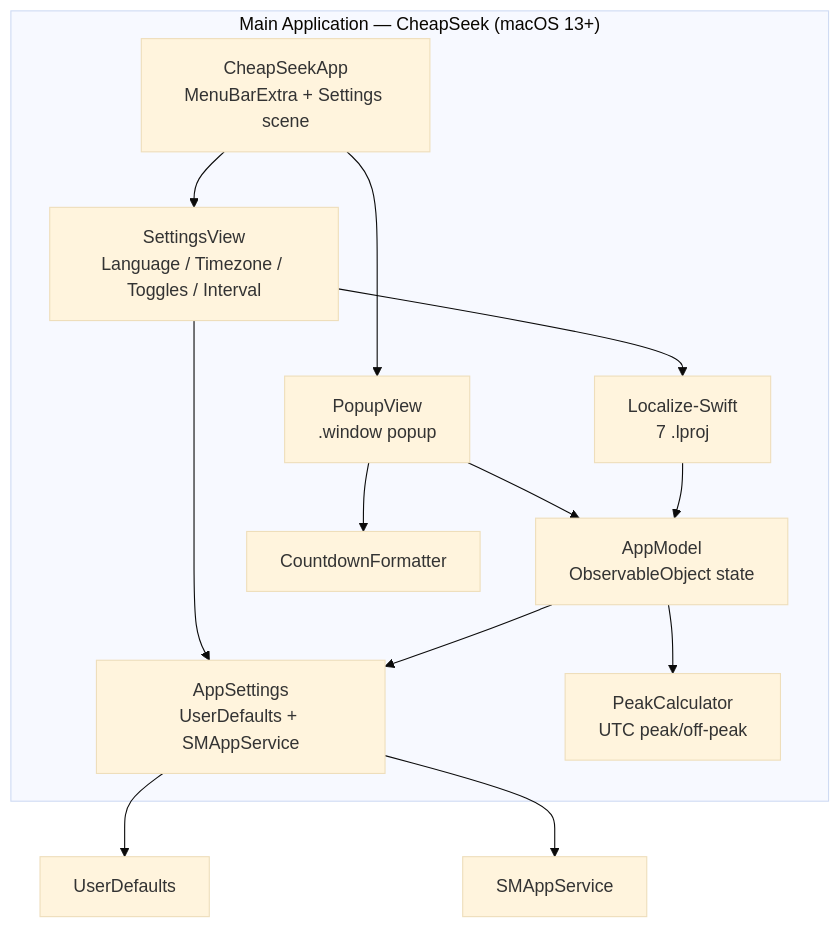
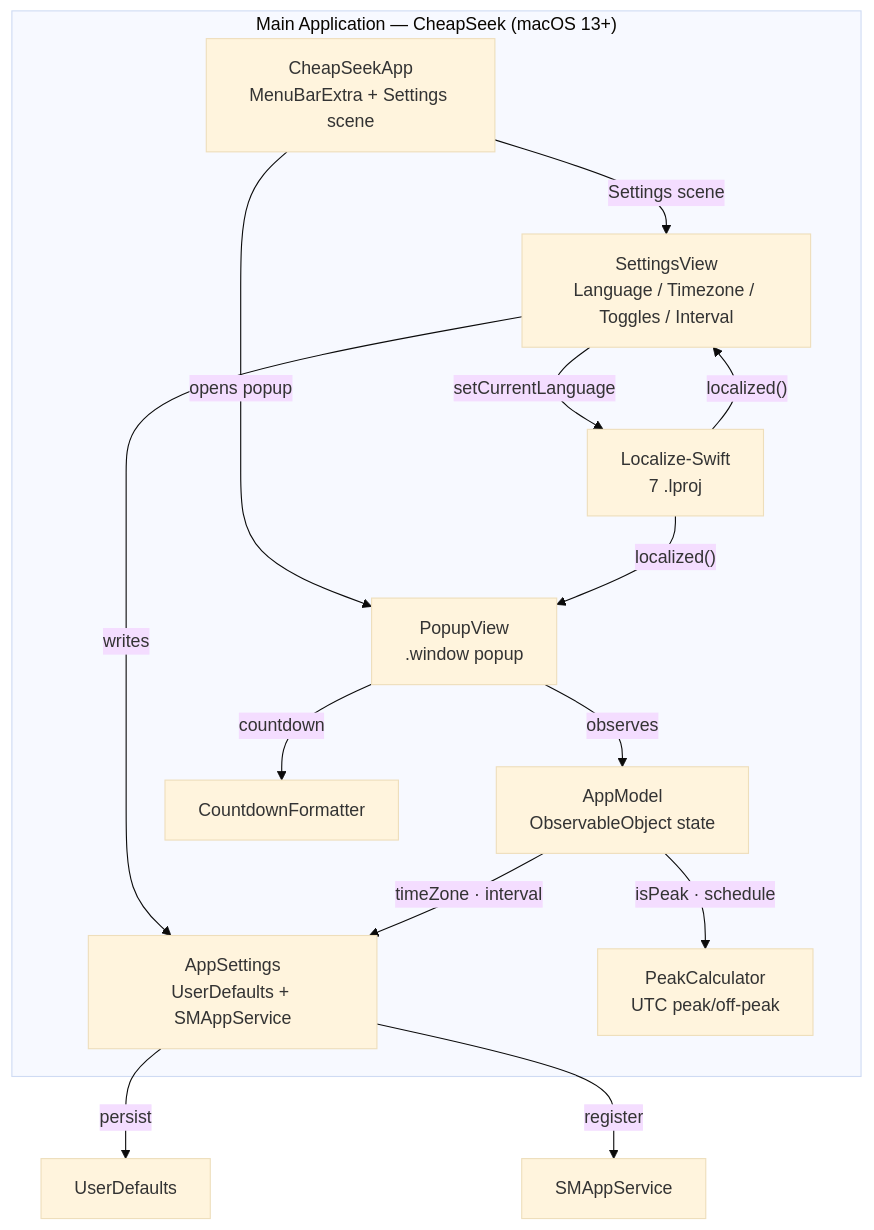
Before and after one commit to mahirfatih/cheapseek: the diagram in README.md, drawn with Mermaid (base theme). The commit also changed other lines of this file and 6 other files, not shown here.

Commit message:
Add Archify architecture, data-flow, and workflow diagrams

````diff
--- a/README.md
+++ b/README.md
@@ -40,21 +45,26 @@
 ```mermaid
 graph TD
     subgraph App["Main Application — CheapSeek (macOS 13+)"]
         Entry["CheapSeekApp<br/>MenuBarExtra + Settings scene"]
         Popup["PopupView<br/>.window popup"]
         Settings["SettingsView<br/>Language / Timezone / Toggles / Interval"]
         Model["AppModel<br/>ObservableObject state"]
         Config["AppSettings<br/>UserDefaults + SMAppService"]
         Core["PeakCalculator<br/>UTC peak/off-peak"]
         Fmt["CountdownFormatter"]
         L10n["Localize-Swift<br/>7 .lproj"]
     end
 
-    Entry --> Popup & Settings
-    Popup --> Model & Fmt
-    Settings --> Config & L10n
-    Model --> Core & Config
-    Config --> Store["UserDefaults"]
-    Config --> SM["SMAppService"]
-    L10n --> Model
+    Entry -->|"opens popup"| Popup
+    Entry -->|"Settings scene"| Settings
+    Popup -->|"observes"| Model
+    Popup -->|"countdown"| Fmt
+    Settings -->|"writes"| Config
+    Settings -->|"setCurrentLanguage"| L10n
+    Model -->|"isPeak · schedule"| Core
+    Model -->|"timeZone · interval"| Config
+    Config -->|"persist"| Store["UserDefaults"]
+    Config -->|"register"| SM["SMAppService"]
+    L10n -->|"localized()"| Popup
+    L10n -->|"localized()"| Settings
 ```
````
